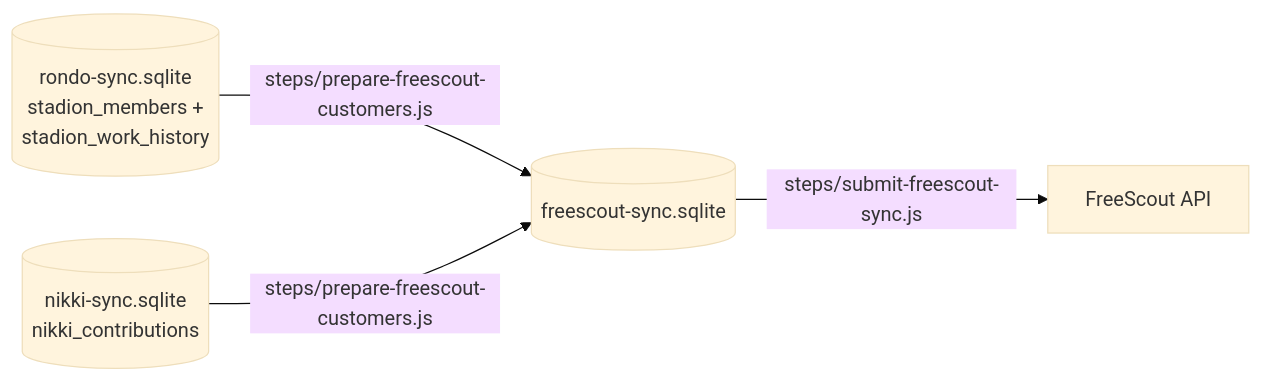
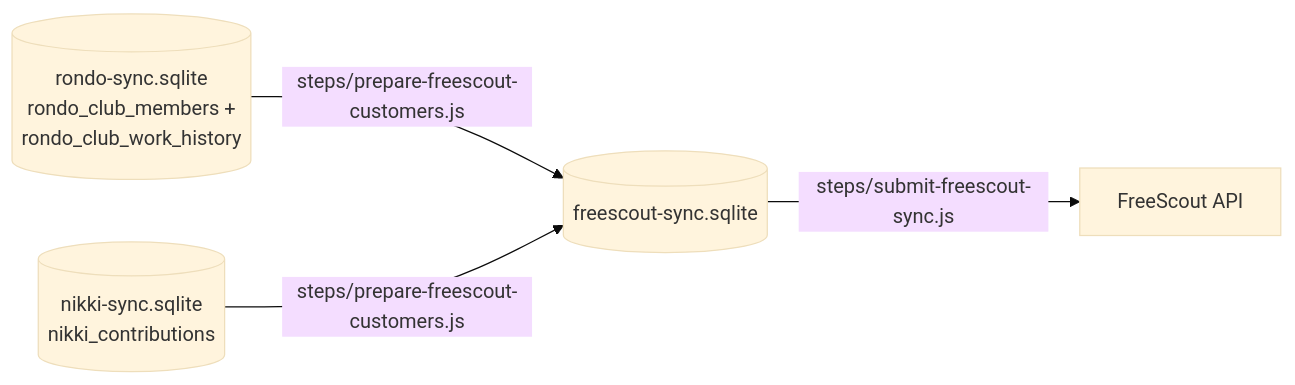
Before and after one commit to jdevalk/sportlink-sync: the sixth of 8 diagrams in docs/sync-architecture.md, drawn with Mermaid (base theme). The commit also changed other lines of this file and 12 other files, not shown here.

First line of the commit message:
docs(43-01): rename stadion references to rondo_club in all 13 docs/ files

````diff
--- a/docs/sync-architecture.md
+++ b/docs/sync-architecture.md
@@ -415,11 +415,11 @@
 ```mermaid
 graph LR
-    DB_S[(rondo-sync.sqlite<br>stadion_members +<br>stadion_work_history)]
+    DB_S[(rondo-sync.sqlite<br>rondo_club_members +<br>rondo_club_work_history)]
     DB_N[(nikki-sync.sqlite<br>nikki_contributions)]
     DB_F[(freescout-sync.sqlite)]
     FS[FreeScout API]
 
     DB_S -->|steps/prepare-freescout-customers.js| DB_F
     DB_N -->|steps/prepare-freescout-customers.js| DB_F
     DB_F -->|steps/submit-freescout-sync.js| FS
 ```
````
